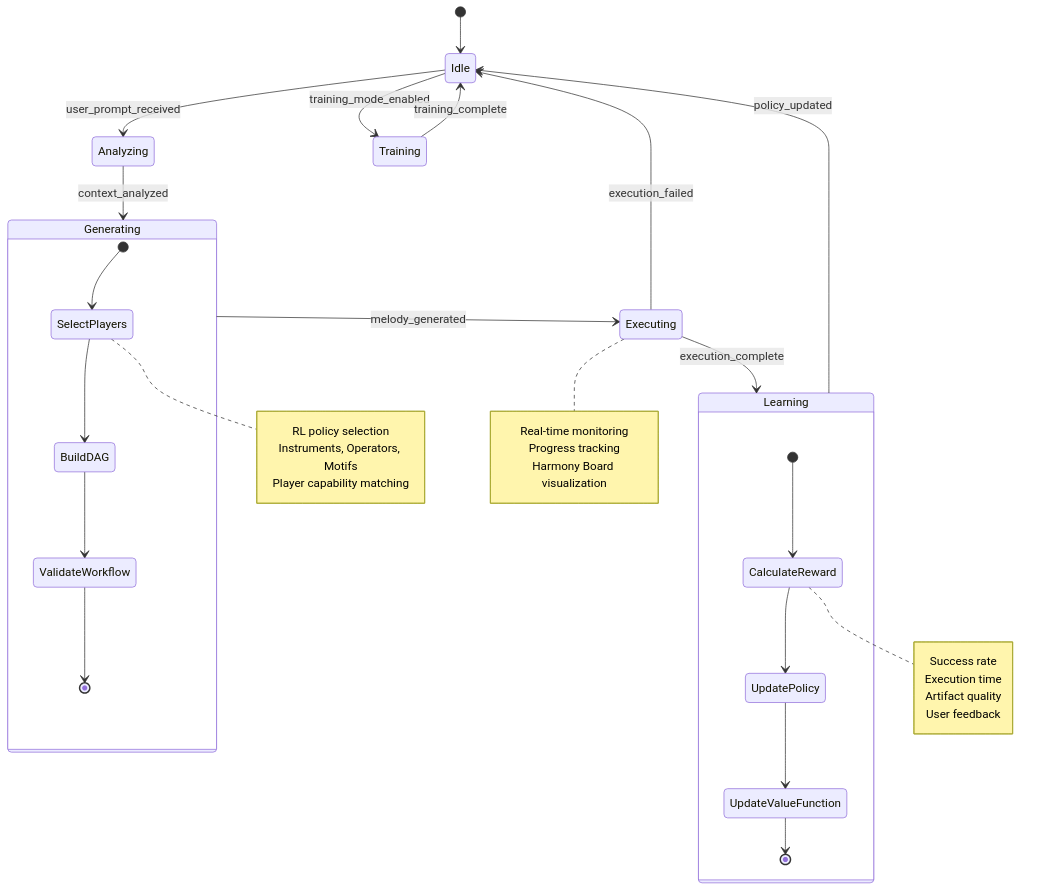
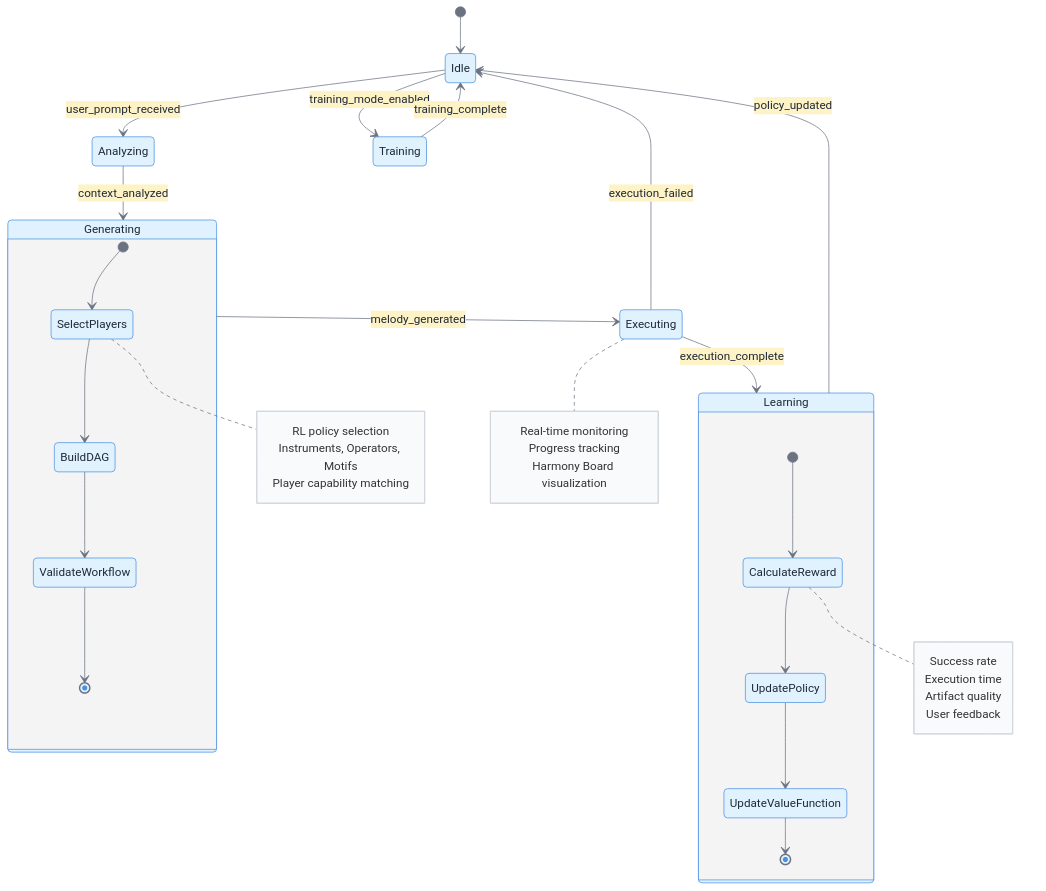
The seventh of 10 diagrams in STATE_DIAGRAM.md (Symphony-aide/Symphony), drawn with Mermaid before and after one commit. The commit also changed other lines of this file and 2 other files, not shown here.

````diff
--- a/STATE_DIAGRAM.md
+++ b/STATE_DIAGRAM.md
@@ -396,50 +402,51 @@
 ```mermaid
+%%{init: {'theme':'base', 'themeVariables': { 'primaryColor':'#e0f2fe', 'primaryTextColor':'#1f2937', 'primaryBorderColor':'#4a90e2', 'lineColor':'#6b7280', 'secondaryColor':'#fef3c7', 'tertiaryColor':'#f0f9ff', 'noteBkgColor':'#f9fafb', 'noteBorderColor':'#d1d5db'}}}%%
 stateDiagram-v2
     [*] --> Idle
-    
-    Idle --> Analyzing: user_prompt_received
-    Idle --> Training: training_mode_enabled
-    
-    Analyzing --> Generating: context_analyzed
-    Generating --> Executing: melody_generated
-    
-    Executing --> Learning: execution_complete
-    Learning --> Idle: policy_updated
-    
-    Executing --> Idle: execution_failed
-    
-    Training --> Idle: training_complete
+
+    Idle --> Analyzing : user_prompt_received
+    Idle --> Training : training_mode_enabled
+
+    Analyzing --> Generating : context_analyzed
+    Generating --> Executing : melody_generated
+
+    Executing --> Learning : execution_complete
+    Learning --> Idle : policy_updated
+
+    Executing --> Idle : execution_failed
+
+    Training --> Idle : training_complete
     
     state Generating {
         [*] --> SelectPlayers
         SelectPlayers --> BuildDAG
         BuildDAG --> ValidateWorkflow
         ValidateWorkflow --> [*]
         
         note right of SelectPlayers
             RL policy selection
             Instruments, Operators, Motifs
             Player capability matching
         end note
     }
     
     state Learning {
         [*] --> CalculateReward
         CalculateReward --> UpdatePolicy
         UpdatePolicy --> UpdateValueFunction
         UpdateValueFunction --> [*]
         
         note right of CalculateReward
             Success rate
             Execution time
             Artifact quality
             User feedback
         end note
     }
     
     note right of Executing
         Real-time monitoring
         Progress tracking
         Harmony Board visualization
     end note
 ```
````
